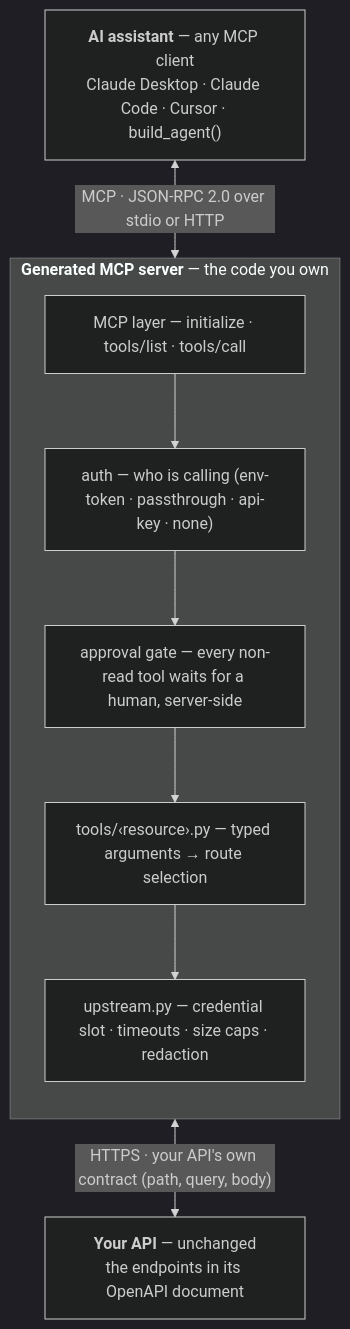
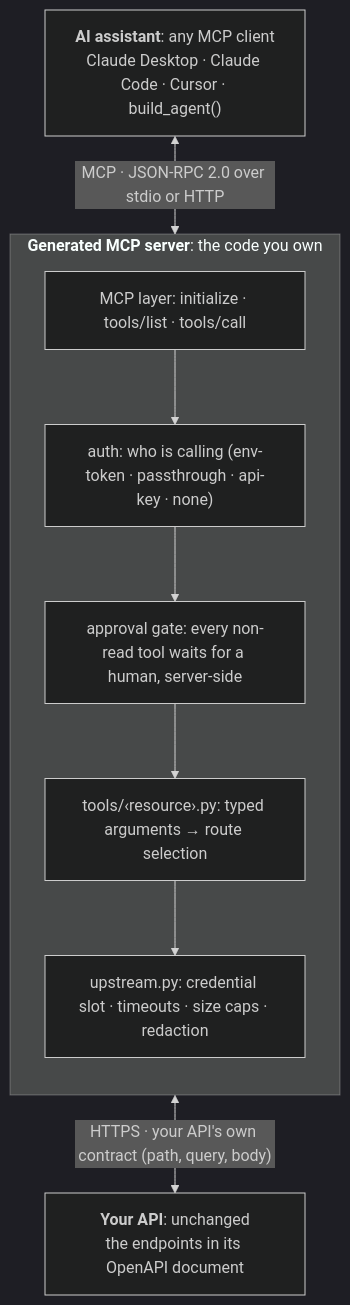
One commit to CloudEngineHub/DeepMCPAgent changed the first of 5 diagrams in docs/mcpcast/index.md. Above: the diagram before and after it, drawn with Mermaid (dark theme). The commit also changed other lines of this file and 4 other files, not shown here.

Commit message:
docs: plain punctuation in diagram labels

````diff
--- a/docs/mcpcast/index.md
+++ b/docs/mcpcast/index.md
@@ -43,16 +43,16 @@
 ```mermaid
 flowchart TB
-    A["<b>AI assistant</b> — any MCP client<br/>Claude Desktop · Claude Code · Cursor · build_agent()"]
-    subgraph server["<b>Generated MCP server</b> — the code you own"]
+    A["<b>AI assistant</b>: any MCP client<br/>Claude Desktop · Claude Code · Cursor · build_agent()"]
+    subgraph server["<b>Generated MCP server</b>: the code you own"]
         direction TB
-        S1["MCP layer — initialize · tools/list · tools/call"]
-        S2["auth — who is calling (env-token · passthrough · api-key · none)"]
-        S3["approval gate — every non-read tool waits for a human, server-side"]
-        S4["tools/‹resource›.py — typed arguments → route selection"]
-        S5["upstream.py — credential slot · timeouts · size caps · redaction"]
+        S1["MCP layer: initialize · tools/list · tools/call"]
+        S2["auth: who is calling (env-token · passthrough · api-key · none)"]
+        S3["approval gate: every non-read tool waits for a human, server-side"]
+        S4["tools/‹resource›.py: typed arguments → route selection"]
+        S5["upstream.py: credential slot · timeouts · size caps · redaction"]
         S1 --> S2 --> S3 --> S4 --> S5
     end
-    U["<b>Your API</b> — unchanged<br/>the endpoints in its OpenAPI document"]
+    U["<b>Your API</b>: unchanged<br/>the endpoints in its OpenAPI document"]
     A <-- "MCP · JSON-RPC 2.0 over stdio or HTTP" --> S1
     S5 <-- "HTTPS · your API's own contract (path, query, body)" --> U
 ```
````
